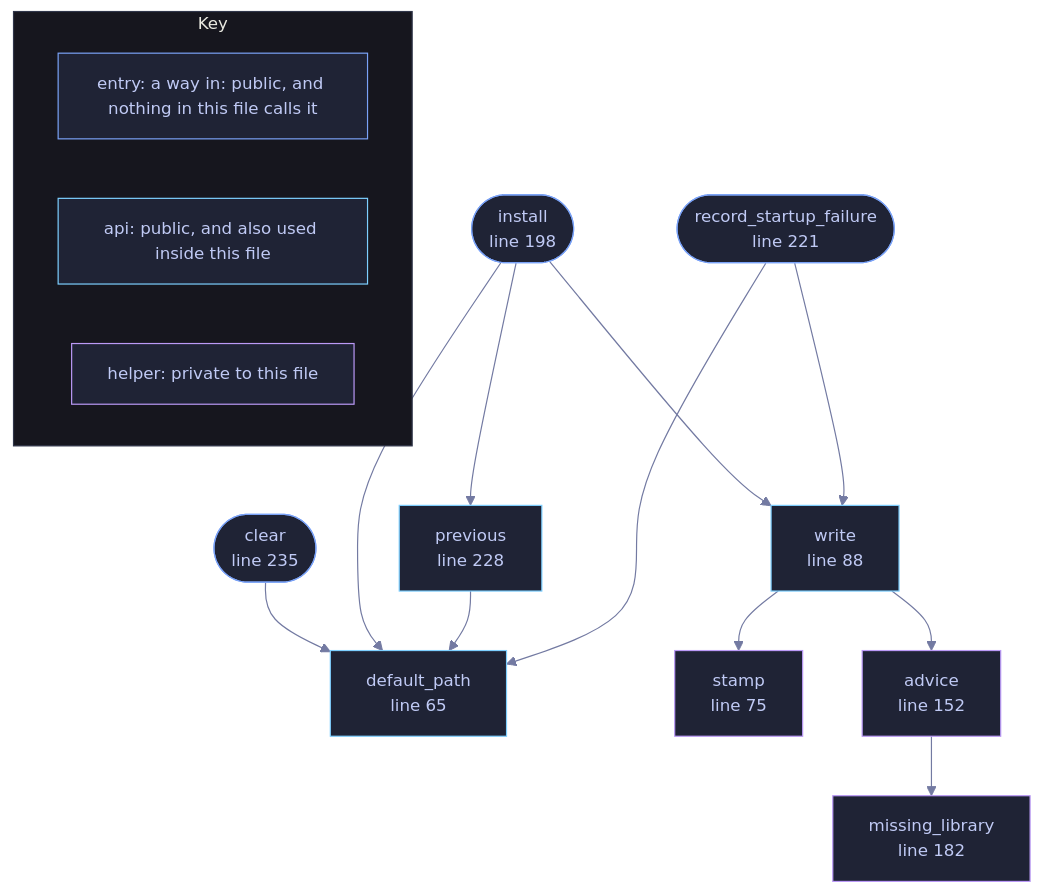
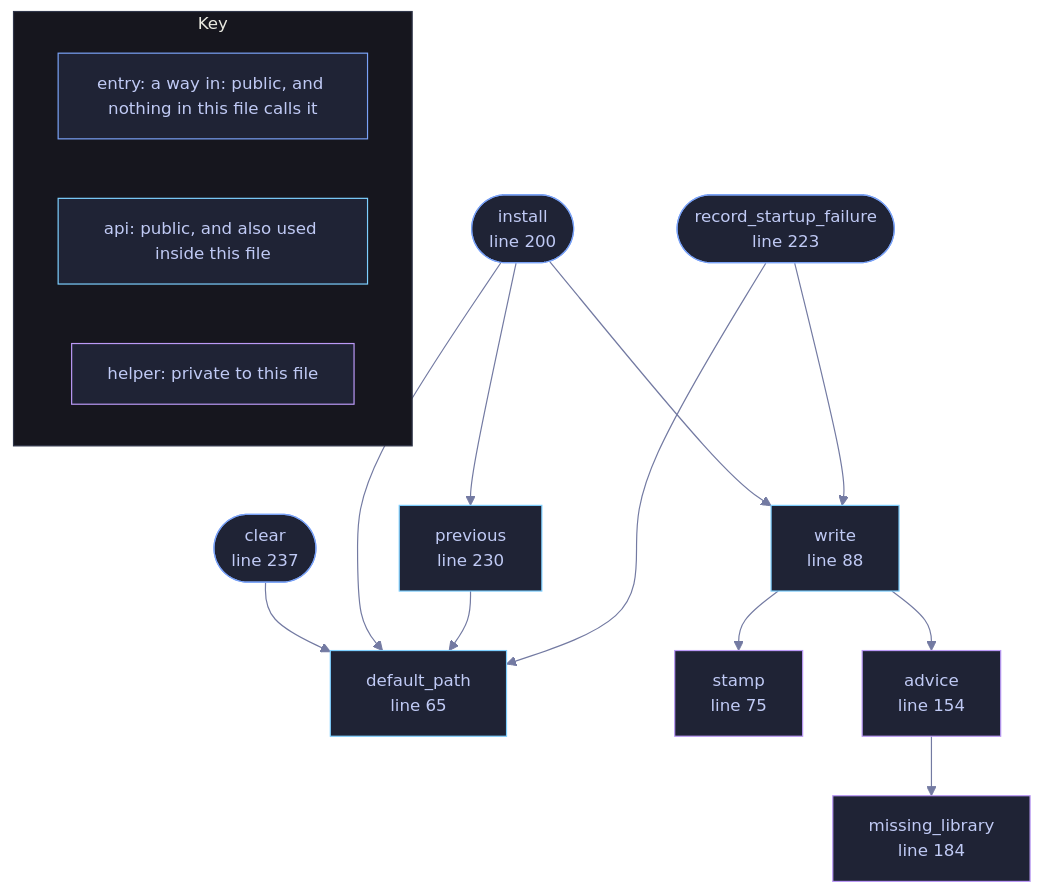
One commit to tilas01/veilvoice changed the diagram in docs/files/veilvoice-gui/crashlog.md. Above: the diagram before and after it, drawn with Mermaid. The commit also changed other lines of this file and 514 other files, not shown here.

````diff
--- a/docs/files/veilvoice-gui/crashlog.md
+++ b/docs/files/veilvoice-gui/crashlog.md
@@ -114,47 +114,47 @@
 ```mermaid
 %%{init: {"theme":"base","themeVariables":{"background":"#1a1b26","primaryColor":"#1f2335","primaryTextColor":"#c0caf5","primaryBorderColor":"#7aa2f7","secondaryColor":"#16161e","tertiaryColor":"#16161e","lineColor":"#737aa2","textColor":"#c0caf5","mainBkg":"#1f2335","nodeBorder":"#7aa2f7","clusterBkg":"#16161e","clusterBorder":"#2f3549","fontFamily":"ui-monospace, SFMono-Regular, Consolas, monospace","fontSize":"14px"}}}%%
 flowchart TD
     n_default_path["default_path<br/>line 65"]
     n_stamp["stamp<br/>line 75"]
     n_write["write<br/>line 88"]
-    n_advice["advice<br/>line 152"]
-    n_missing_library["missing_library<br/>line 182"]
-    n_install(["install<br/>line 198"])
-    n_record_startup_failure(["record_startup_failure<br/>line 221"])
-    n_previous["previous<br/>line 228"]
-    n_clear(["clear<br/>line 235"])
+    n_advice["advice<br/>line 154"]
+    n_missing_library["missing_library<br/>line 184"]
+    n_install(["install<br/>line 200"])
+    n_record_startup_failure(["record_startup_failure<br/>line 223"])
+    n_previous["previous<br/>line 230"]
+    n_clear(["clear<br/>line 237"])
     n_advice --> n_missing_library
     n_clear --> n_default_path
     n_install --> n_default_path
     n_install --> n_previous
     n_install --> n_write
     n_previous --> n_default_path
     n_record_startup_failure --> n_default_path
     n_record_startup_failure --> n_write
     n_write --> n_advice
     n_write --> n_stamp
     click n_default_path href "https://github.com/tilas01/veilvoice/blob/main/crates/veilvoice-gui/src/crashlog.rs#L65" "open the source"
     click n_stamp href "https://github.com/tilas01/veilvoice/blob/main/crates/veilvoice-gui/src/crashlog.rs#L75" "open the source"
     click n_write href "https://github.com/tilas01/veilvoice/blob/main/crates/veilvoice-gui/src/crashlog.rs#L88" "open the source"
-    click n_advice href "https://github.com/tilas01/veilvoice/blob/main/crates/veilvoice-gui/src/crashlog.rs#L152" "open the source"
-    click n_missing_library href "https://github.com/tilas01/veilvoice/blob/main/crates/veilvoice-gui/src/crashlog.rs#L182" "open the source"
-    click n_install href "https://github.com/tilas01/veilvoice/blob/main/crates/veilvoice-gui/src/crashlog.rs#L198" "open the source"
-    click n_record_startup_failure href "https://github.com/tilas01/veilvoice/blob/main/crates/veilvoice-gui/src/crashlog.rs#L221" "open the source"
-    click n_previous href "https://github.com/tilas01/veilvoice/blob/main/crates/veilvoice-gui/src/crashlog.rs#L228" "open the source"
-    click n_clear href "https://github.com/tilas01/veilvoice/blob/main/crates/veilvoice-gui/src/crashlog.rs#L235" "open the source"
+    click n_advice href "https://github.com/tilas01/veilvoice/blob/main/crates/veilvoice-gui/src/crashlog.rs#L154" "open the source"
+    click n_missing_library href "https://github.com/tilas01/veilvoice/blob/main/crates/veilvoice-gui/src/crashlog.rs#L184" "open the source"
+    click n_install href "https://github.com/tilas01/veilvoice/blob/main/crates/veilvoice-gui/src/crashlog.rs#L200" "open the source"
+    click n_record_startup_failure href "https://github.com/tilas01/veilvoice/blob/main/crates/veilvoice-gui/src/crashlog.rs#L223" "open the source"
+    click n_previous href "https://github.com/tilas01/veilvoice/blob/main/crates/veilvoice-gui/src/crashlog.rs#L230" "open the source"
+    click n_clear href "https://github.com/tilas01/veilvoice/blob/main/crates/veilvoice-gui/src/crashlog.rs#L237" "open the source"
     classDef entry fill:#1f2335,stroke:#7aa2f7,color:#c0caf5
     class n_install,n_record_startup_failure,n_clear entry
     classDef api fill:#1f2335,stroke:#7dcfff,color:#c0caf5
     class n_default_path,n_write,n_previous api
     classDef helper fill:#1f2335,stroke:#bb9af7,color:#c0caf5
     class n_stamp,n_advice,n_missing_library helper
     subgraph chart_key ["Key"]
         direction LR
         key_entry["entry: a way in: public, and nothing in this file calls it"]
         key_api["api: public, and also used inside this file"]
         key_helper["helper: private to this file"]
     end
     class key_entry entry
     class key_api api
     class key_helper helper
 ```
````
